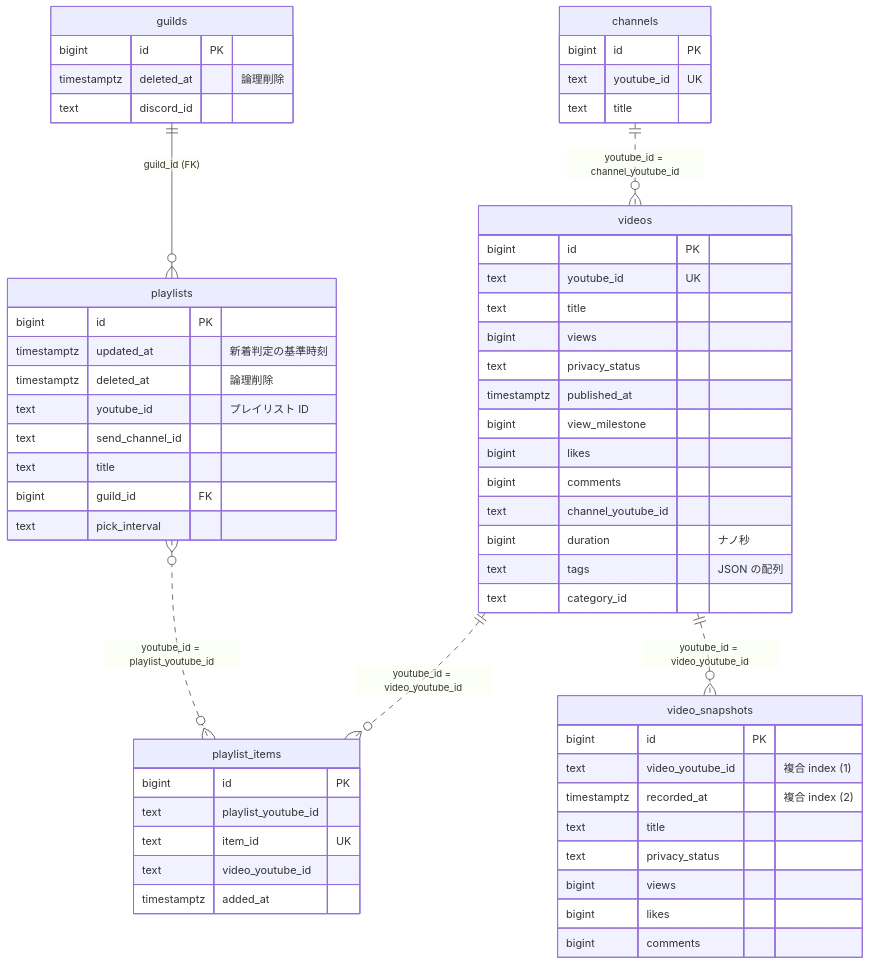
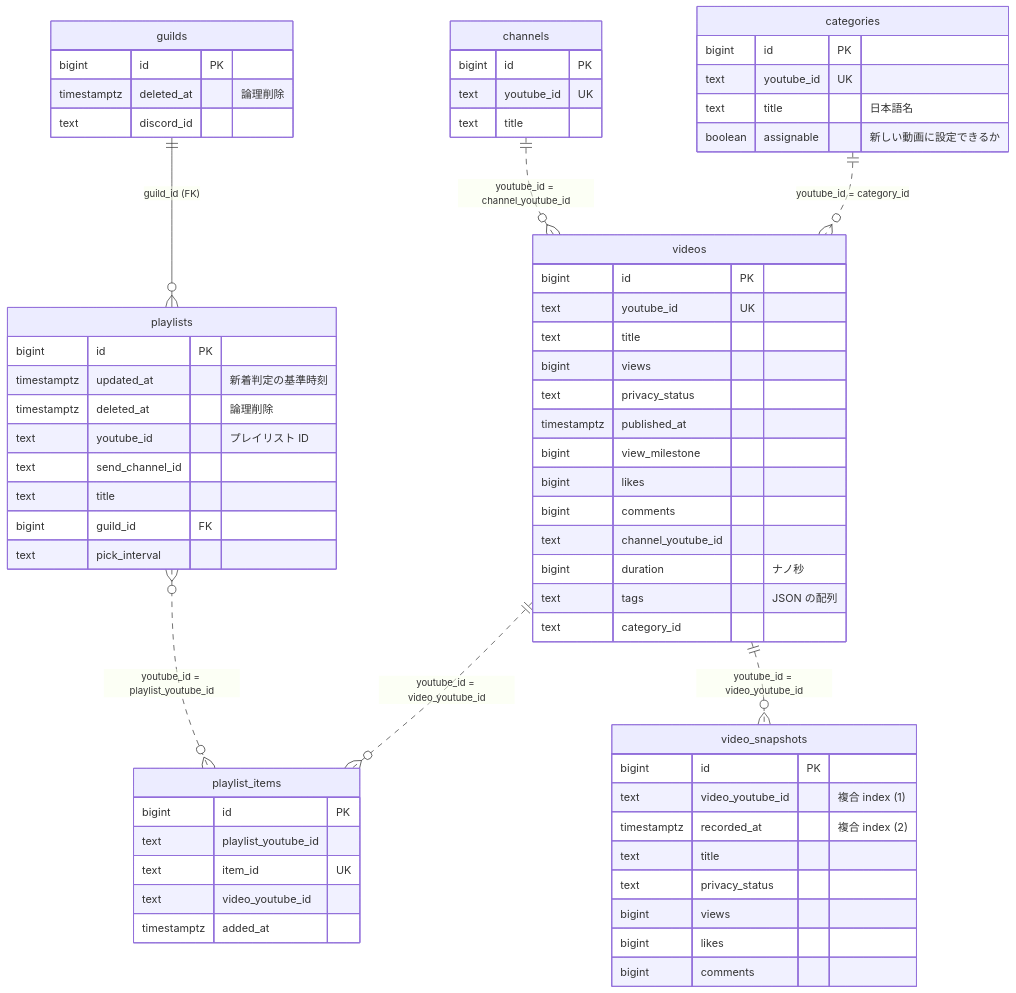
One commit to tabo-syu/discord-playlist-notifier changed the first of 5 diagrams in README.md. Above: the diagram before and after it, drawn with Mermaid. The commit also changed other lines of this file and 14 other files, not shown here.

````diff
--- a/README.md
+++ b/README.md
@@ -149,61 +149,68 @@
 ```mermaid
 erDiagram
     guilds ||--o{ playlists : "guild_id (FK)"
     playlists }o..o{ playlist_items : "youtube_id = playlist_youtube_id"
     videos ||..o{ playlist_items : "youtube_id = video_youtube_id"
     videos ||..o{ video_snapshots : "youtube_id = video_youtube_id"
     channels ||..o{ videos : "youtube_id = channel_youtube_id"
+    categories ||..o{ videos : "youtube_id = category_id"
 
     guilds {
         bigint id PK
         timestamptz deleted_at "論理削除"
         text discord_id
     }
     playlists {
         bigint id PK
         timestamptz updated_at "新着判定の基準時刻"
         timestamptz deleted_at "論理削除"
         text youtube_id "プレイリスト ID"
         text send_channel_id
         text title
         bigint guild_id FK
         text pick_interval
     }
     playlist_items {
         bigint id PK
         text playlist_youtube_id
         text item_id UK
         text video_youtube_id
         timestamptz added_at
     }
     videos {
         bigint id PK
         text youtube_id UK
         text title
         bigint views
         text privacy_status
         timestamptz published_at
         bigint view_milestone
         bigint likes
         bigint comments
         text channel_youtube_id
         bigint duration "ナノ秒"
         text tags "JSON の配列"
         text category_id
     }
     channels {
         bigint id PK
         text youtube_id UK
         text title
     }
+    categories {
+        bigint id PK
+        text youtube_id UK
+        text title "日本語名"
+        boolean assignable "新しい動画に設定できるか"
+    }
     video_snapshots {
         bigint id PK
         text video_youtube_id "複合 index (1)"
         timestamptz recorded_at "複合 index (2)"
         text title
         text privacy_status
         bigint views
         bigint likes
         bigint comments
     }
 ```
````
